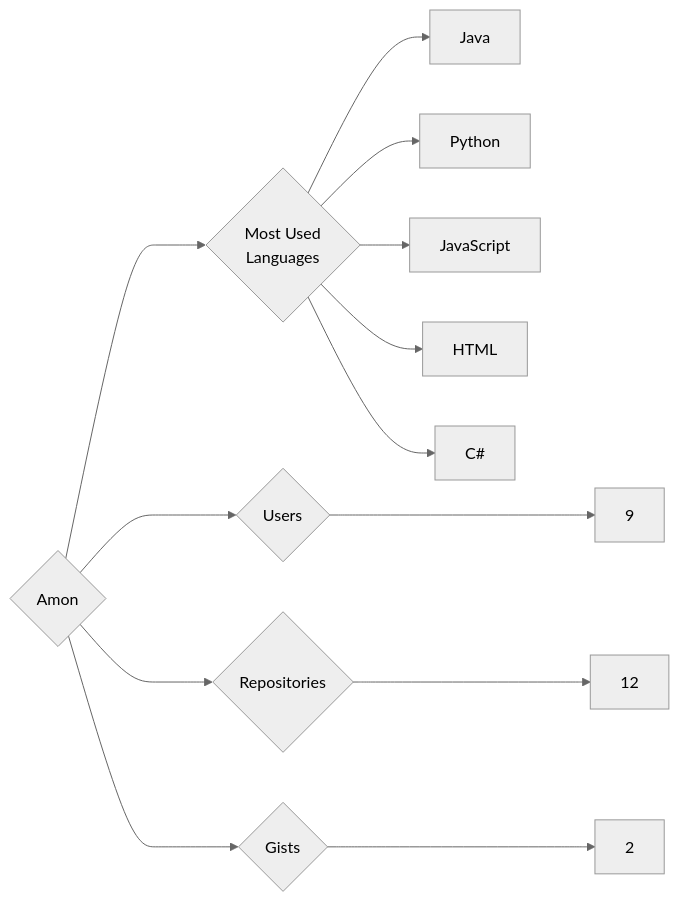
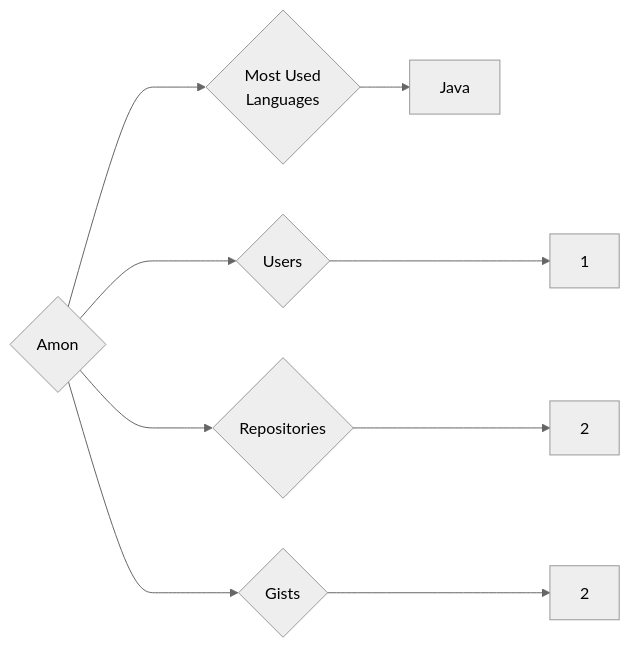
The diagram in targets/Amon/README.md (trickest/insiders), drawn with Mermaid (neutral theme) before and after one commit. The commit also changed 948 other files, not shown here.

````diff
--- a/targets/Amon/README.md
+++ b/targets/Amon/README.md
@@ -3,13 +3,9 @@
 ```mermaid
 graph LR
 COMPANY_NAME{Amon}
-COMPANY_NAME ---> U{Users} ---> UN[9]
-COMPANY_NAME ---> R{Repositories} ---> RN[12]
+COMPANY_NAME ---> U{Users} ---> UN[1]
+COMPANY_NAME ---> R{Repositories} ---> RN[2]
 COMPANY_NAME ---> G{Gists} ---> GN[2]
 COMPANY_NAME ---> ML{Most Used<br>Languages}
 ML --> Java[Java]
-ML --> Python[Python]
-ML --> JavaScript[JavaScript]
-ML --> HTML[HTML]
-ML --> C#[C#]
 ```
````
